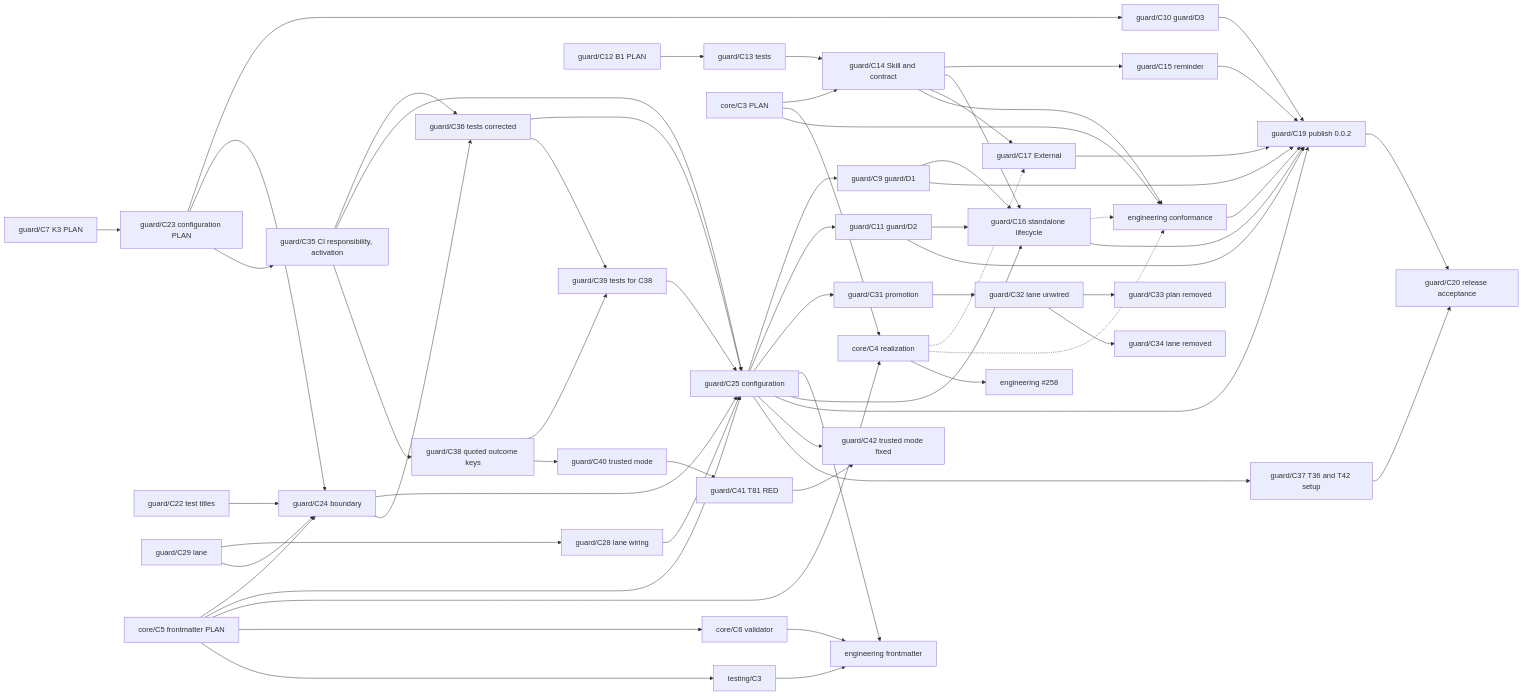
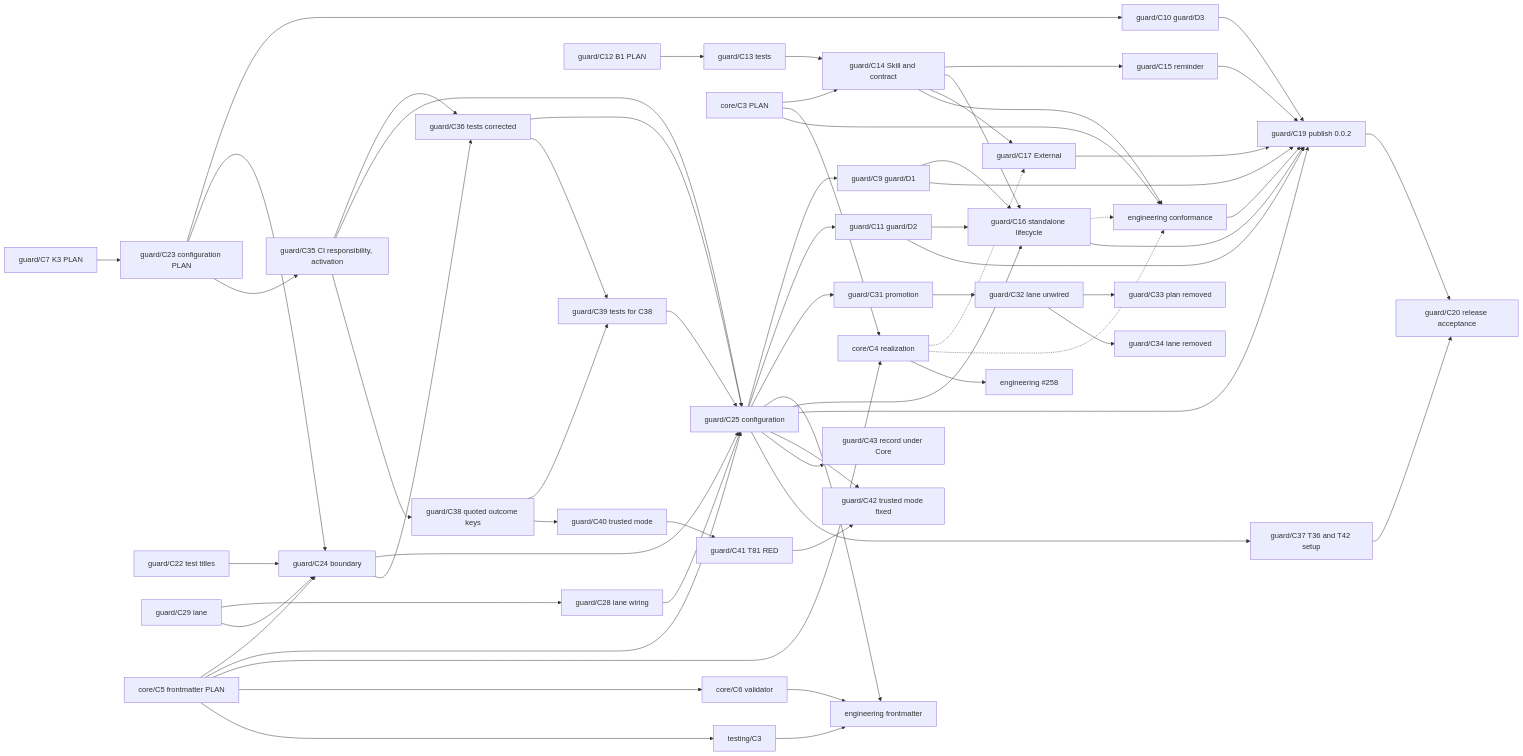
The diagram in engineering/guard/change.md (Kai-Hacks-AI/KAAL), drawn with Mermaid before and after one commit. The commit also changed other lines of this file and 1 other file, not shown here.

First line of the commit message:
guard/C43: the installation record under Core (PLAN)

````diff
--- a/engineering/guard/change.md
+++ b/engineering/guard/change.md
@@ -235,65 +238,66 @@
 ```mermaid
 graph LR
   C7[guard/C7 K3 PLAN] --> C23[guard/C23 configuration PLAN]
   C25 --> C9[guard/C9 guard/D1]
   C23 --> C10[guard/C10 guard/D3]
   C25 --> C11[guard/C11 guard/D2]
   C22[guard/C22 test titles] --> C24[guard/C24 boundary]
   C23 --> C24
   C29[guard/C29 lane] --> C28[guard/C28 lane wiring]
   C29 --> C24
   C28 --> C25
   C24 --> C25[guard/C25 configuration]
   C23 --> C35[guard/C35 CI responsibility, activation]
   C35 --> C36[guard/C36 tests corrected]
   C24 --> C36
   C35 --> C25
   C36 --> C25
   C25 --> C31[guard/C31 promotion]
   C31 --> C32[guard/C32 lane unwired]
   C32 --> C33[guard/C33 plan removed]
   C32 --> C34[guard/C34 lane removed]
   FM5 --> C24
   FM5 --> C25
   C25 --> FE
   C12[guard/C12 B1 PLAN] --> C13[guard/C13 tests]
   C13 --> C14[guard/C14 Skill and contract]
   CP[core/C3 PLAN] --> C14
   C14 --> C15[guard/C15 reminder]
   C14 --> C16[guard/C16 standalone lifecycle]
   C25 --> C16
   C9 --> C16
   C11 --> C16
   C14 --> C17[guard/C17 External]
   CP --> CR[core/C4 realization]
   FM5[core/C5 frontmatter PLAN] --> CR
   FM5 --> FM6[core/C6 validator]
   FM5 --> TT[testing/C3]
   FM6 --> FE[engineering frontmatter]
   TT --> FE
   CR -.-> C17
   C14 --> EC[engineering conformance]
   CP --> EC
   C16 -.-> EC
   CR -.-> EC
   CR --> EA[engineering #258]
   C9 --> C19[guard/C19 publish 0.0.2]
   C10 --> C19
   C11 --> C19
   C15 --> C19
   C16 --> C19
   C25 --> C19
   C17 --> C19
   EC --> C19
   C35 --> C38[guard/C38 quoted outcome keys]
   C38 --> C39[guard/C39 tests for C38]
   C36 --> C39
   C39 --> C25
   C38 --> C40[guard/C40 trusted mode]
   C40 --> C41[guard/C41 T81 RED]
   C41 --> C42[guard/C42 trusted mode fixed]
   C25 --> C42
+  C25 --> C43[guard/C43 record under Core]
   C25 --> C37[guard/C37 T36 and T42 setup]
   C37 --> C20[guard/C20 release acceptance]
   C19 --> C20
 ```
````
